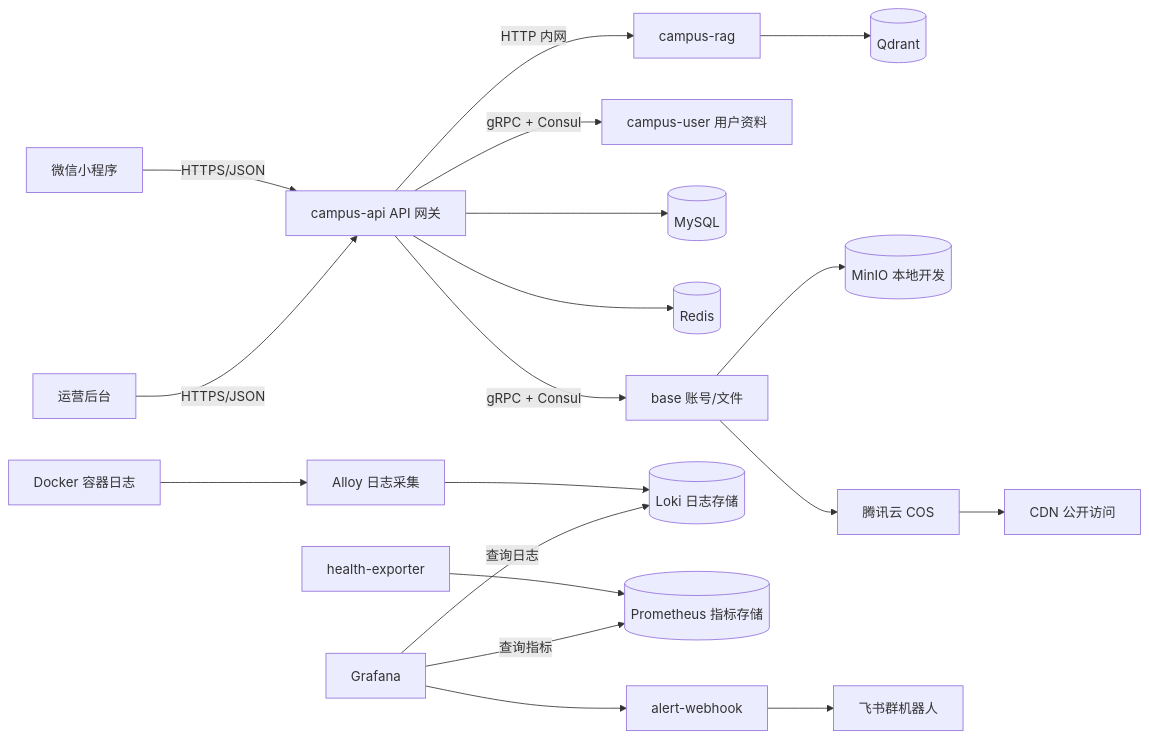
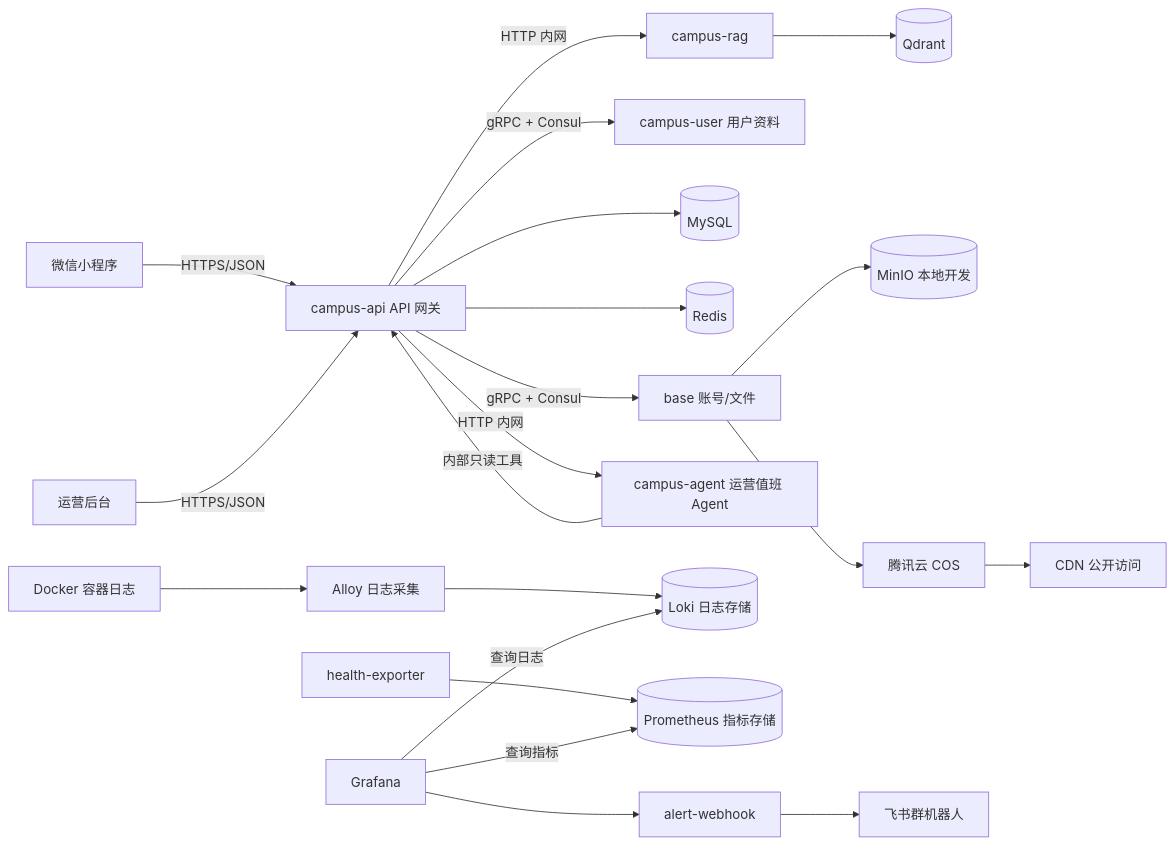
The diagram in README.md (tangfire/lehu-video), drawn with Mermaid before and after one commit. The commit also changed other lines of this file and 13 other files, not shown here.

First line of the commit message:
文档更新 把新加的 campus-agent、飞书值班、AI 成本保护、RAG Agent 草稿、举报/反馈飞书闭环、API 路由、数据表和简历表达都补进去了，涉及： README.md、 docs/architecture.md、 docs/developer-guide.md、 docs/observability-alerting.md、 docs/agent-copilot.md 相关体系文档。

````diff
--- a/README.md
+++ b/README.md
@@ -9,21 +9,23 @@
 ```mermaid
 flowchart LR
     MiniProgram[微信小程序] -->|HTTPS/JSON| API[campus-api API 网关]
     Admin[运营后台] -->|HTTPS/JSON| API
     API -->|gRPC + Consul| Base[base 账号/文件]
     API -->|gRPC + Consul| User[campus-user 用户资料]
     API --> MySQL[(MySQL)]
     API --> Redis[(Redis)]
     API -->|HTTP 内网| Rag[campus-rag]
+    API -->|HTTP 内网| Agent[campus-agent 运营值班 Agent]
+    Agent -->|内部只读工具| API
     Rag --> Qdrant[(Qdrant)]
     Base --> MinIO[(MinIO 本地开发)]
     Base --> COS[腾讯云 COS]
     COS --> CDN[CDN 公开访问]
     DockerLogs[Docker 容器日志] --> Alloy[Alloy 日志采集]
     Alloy --> Loki[(Loki 日志存储)]
     Grafana[Grafana] -->|查询日志| Loki
     Health[health-exporter] --> Prometheus[(Prometheus 指标存储)]
     Grafana -->|查询指标| Prometheus
     Grafana --> Alert[alert-webhook]
     Alert --> Feishu[飞书群机器人]
 ```
````
